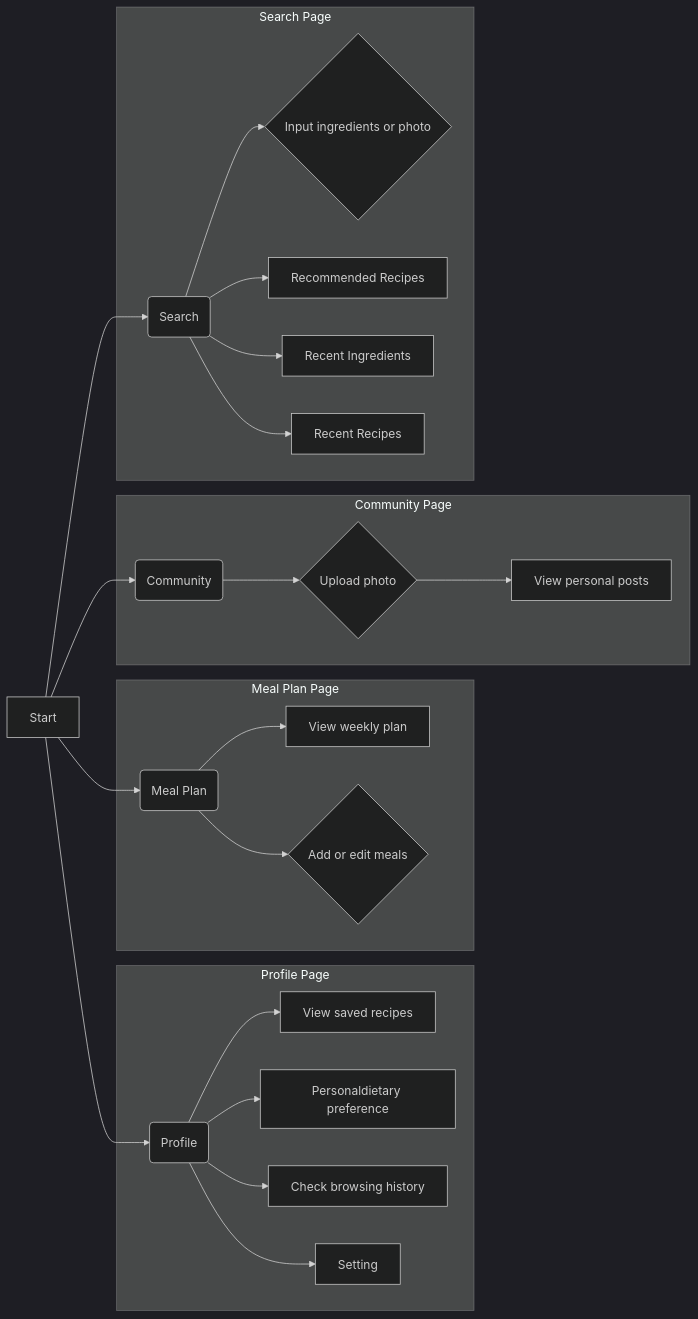
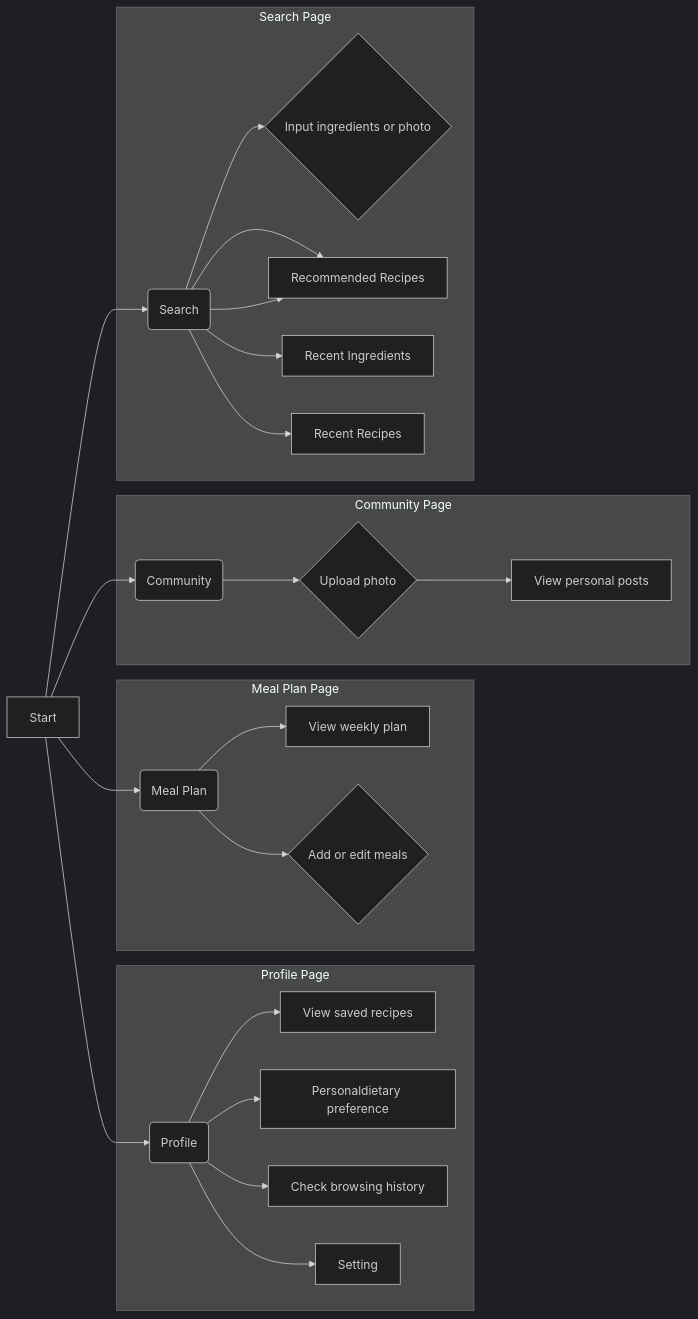
One commit to seven8301/iodraw-files changed the diagram in all/未命名-2.md. Above: the diagram before and after it, drawn with Mermaid (dark theme).

Commit message:
2025-04-09 20:35:28 update

````diff
--- a/all/未命名-2.md
+++ b/all/未命名-2.md
@@ -1,32 +1,32 @@
 ```mermaid
 graph LR
     A[Start] --> B(Search);
     A --> C(Community);
     A --> D(Meal Plan);
     A --> E(Profile);
 
     
     subgraph "Profile Page"
         E --> L[View saved recipes];
         E --> Q[Personaldietary preference];
         E --> M[Check browsing history];
         E --> P[Setting];
 
         
     end
       subgraph "Meal Plan Page"
         D --> J[View weekly plan];
         D --> K{Add or edit meals};
     end
      subgraph "Community Page"
         C --> H{Upload photo};
         H --> I[View personal posts];
     end
     subgraph "Search Page"
         B --> F{Input ingredients or photo};
         B --> G[Recommended Recipes];
-        
+        B --> G[Recommended Recipes];
         B --> N[Recent Ingredients];
         B --> O[Recent Recipes];
     end
 ```
````
